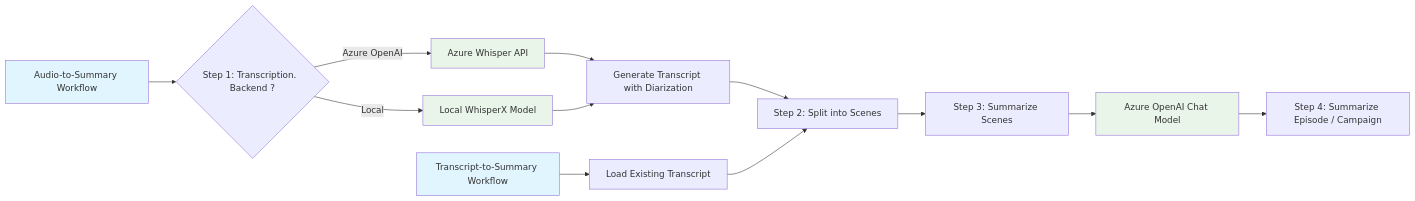
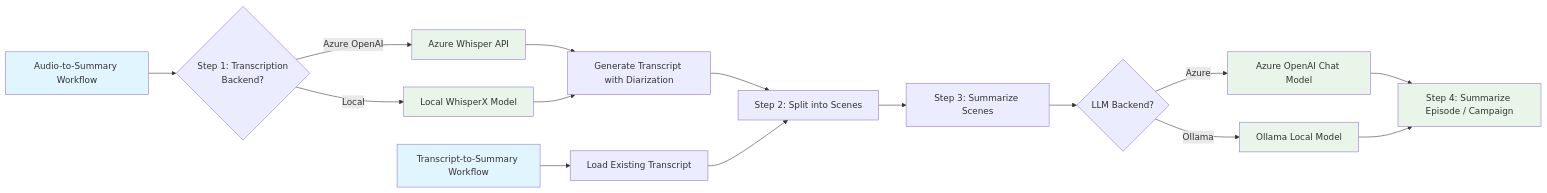
The diagram in README.md (SoTrxII/summarizer), drawn with Mermaid before and after one commit. The commit also changed other lines of this file and 10 other files, not shown here.

````diff
--- a/README.md
+++ b/README.md
@@ -180,34 +256,35 @@
 ```mermaid
 graph LR
 
     %% Audio-to-Summary Workflow
     G[Audio-to-Summary Workflow]
-    G --> I2{Step 1: Transcription.  Backend ?}
+    G --> I2{Step 1: Transcription<br/>Backend?}
     I2 -->|Azure OpenAI| I3[Azure Whisper API]
     I2 -->|Local| I4[Local WhisperX Model]
     I3 --> I5[Generate Transcript with Diarization]
     I4 --> I5
 
     I5 --> J[Step 2: Split into Scenes]
     
     %% Transcript-to-Summary Workflow (joins here)
     H[Transcript-to-Summary Workflow]
     H --> K[Load Existing Transcript]
     K --> J
     
     J --> L[Step 3: Summarize Scenes]
-    L --> L2[Azure OpenAI Chat Model]
+    L --> L2{LLM Backend?}
+    L2 -->|Azure| L3[Azure OpenAI Chat Model]
+    L2 -->|Ollama| L4[Ollama Local Model]
     
-    L2 --> M[Step 4: Summarize Episode / Campaign]
+    L3 --> M[Step 4: Summarize Episode / Campaign]
+    L4 --> M
     
     %% Styling
     classDef workflow fill:#e1f5fe
     classDef storage fill:#f3e5f5
     classDef ai fill:#e8f5e8
     classDef api fill:#fff3e0
     
     class G,H workflow
-    class B,D,Q,S storage
-    class I3,I4,L2,M2,O3 ai
-    class E,F api
+    class I3,I4,L3,L4,M ai
 ```
````
